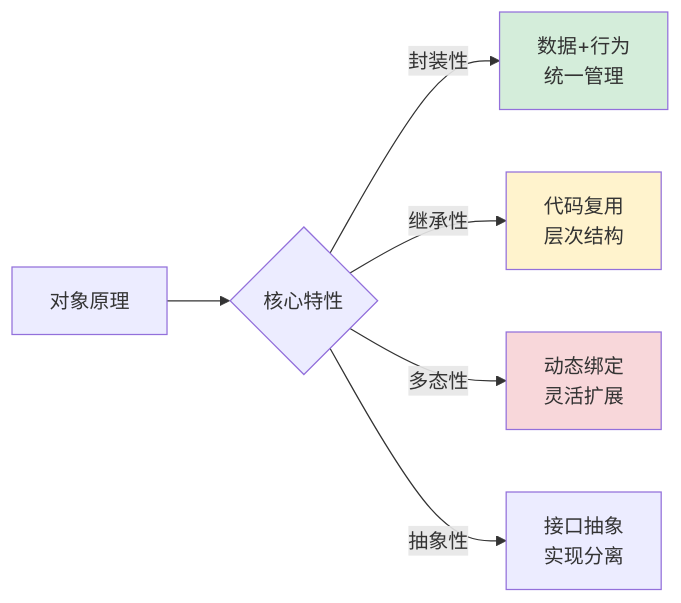
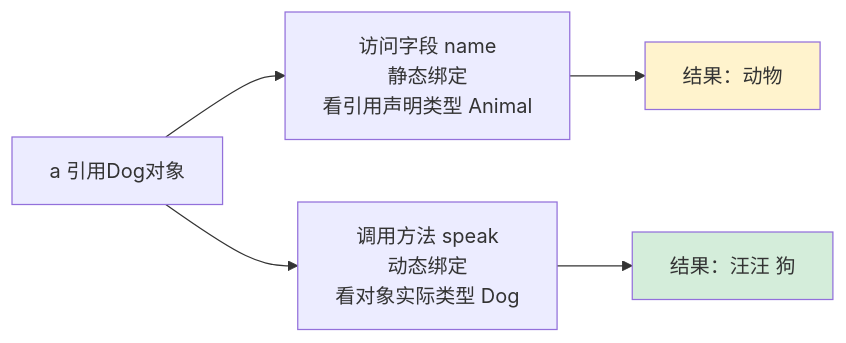
Before and after one commit to chongyang211/YCBookBlog: diagram 13 of 33 in 00.通用技术的提升/02.程序编程原理/03.值型变量和引用.md, drawn with Mermaid. The commit also changed other lines of this file and 6 other files, not shown here.

````diff
--- a/00.通用技术的提升/02.程序编程原理/03.值型变量和引用.md
+++ b/00.通用技术的提升/02.程序编程原理/03.值型变量和引用.md
@@ -436,12 +628,11 @@
 ```mermaid
 graph LR
-    A[对象原理] --> B{核心特性}
-    B -->|封装性| C[数据+行为<br/>统一管理]
-    B -->|继承性| D[代码复用<br/>层次结构]
-    B -->|多态性| E[动态绑定<br/>灵活扩展]
-    B -->|抽象性| F[接口抽象<br/>实现分离]
+    A[a 引用Dog对象] --> B[访问字段 name<br/>静态绑定<br/>看引用声明类型 Animal]
+    A --> C[调用方法 speak <br/>动态绑定<br/>看对象实际类型 Dog]
     
-    style C fill:#d4edda
-    style D fill:#fff3cd
-    style E fill:#f8d7da
+    B --> B1[结果：动物]
+    C --> C1[结果：汪汪 狗]
+
+    style B1 fill:#fff3cd
+    style C1 fill:#d4edda
 ```
````
